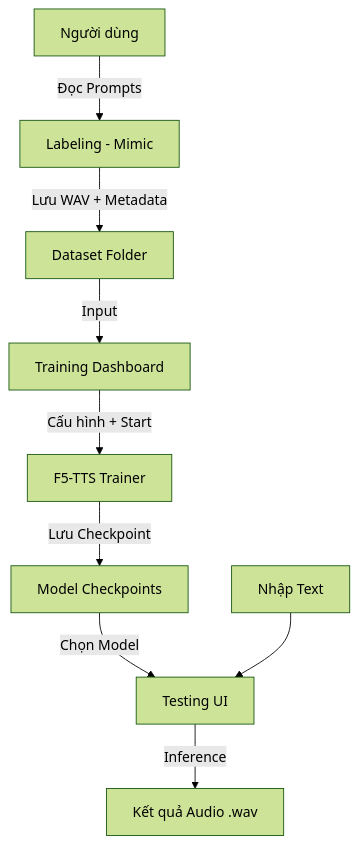
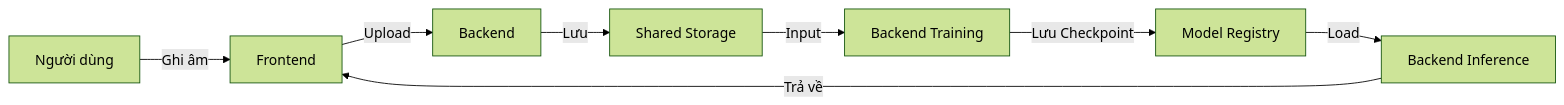
One commit to HNgocThien/ViTTS changed the diagram in applycation_design.md. Above: the diagram before and after it, drawn with Mermaid (forest theme). The commit also changed other lines of this file and 188 other files, not shown here.

````diff
--- a/applycation_design.md
+++ b/applycation_design.md
@@ -70,11 +66,9 @@
 ```mermaid
-graph TD
-    A[Người dùng] -->|Đọc Prompts| B[Labeling - Mimic]
-    B -->|Lưu WAV + Metadata| C[Dataset Folder]
-    C -->|Input| D[Training Dashboard]
-    D -->|Cấu hình + Start| E[F5-TTS Trainer]
-    E -->|Lưu Checkpoint| F[Model Checkpoints]
-    F -->|Chọn Model| G[Testing UI]
-    H[Nhập Text] --> G
-    G -->|Inference| I[Kết quả Audio .wav]
+graph LR
+    User[Người dùng] -- Ghi âm --> FE[Frontend] -- Upload --> BE[Backend]
+    BE -- Lưu --> SS[Shared Storage]
+    SS -- Input --> BE_Train[Backend Training]
+    BE_Train -- Lưu Checkpoint --> MR[Model Registry]
+    MR -- Load --> BE_Infer[Backend Inference]
+    BE_Infer -- Trả về --> FE
 ```
````
